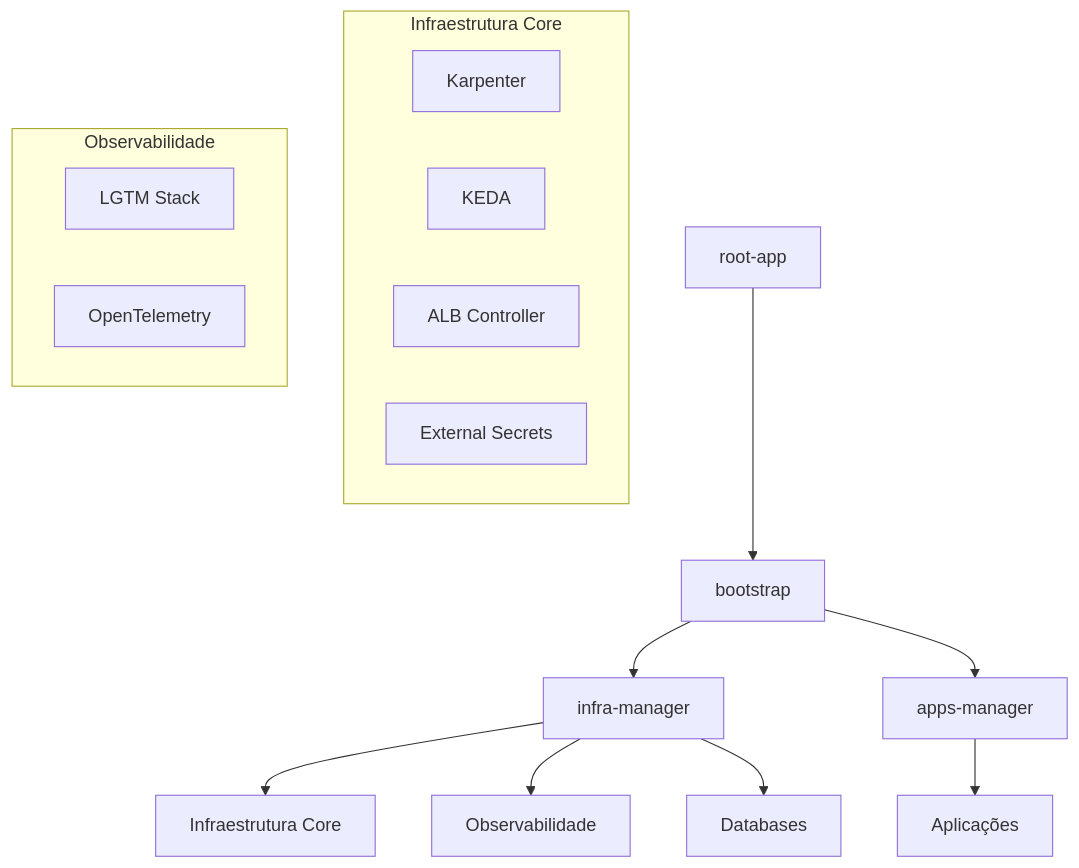
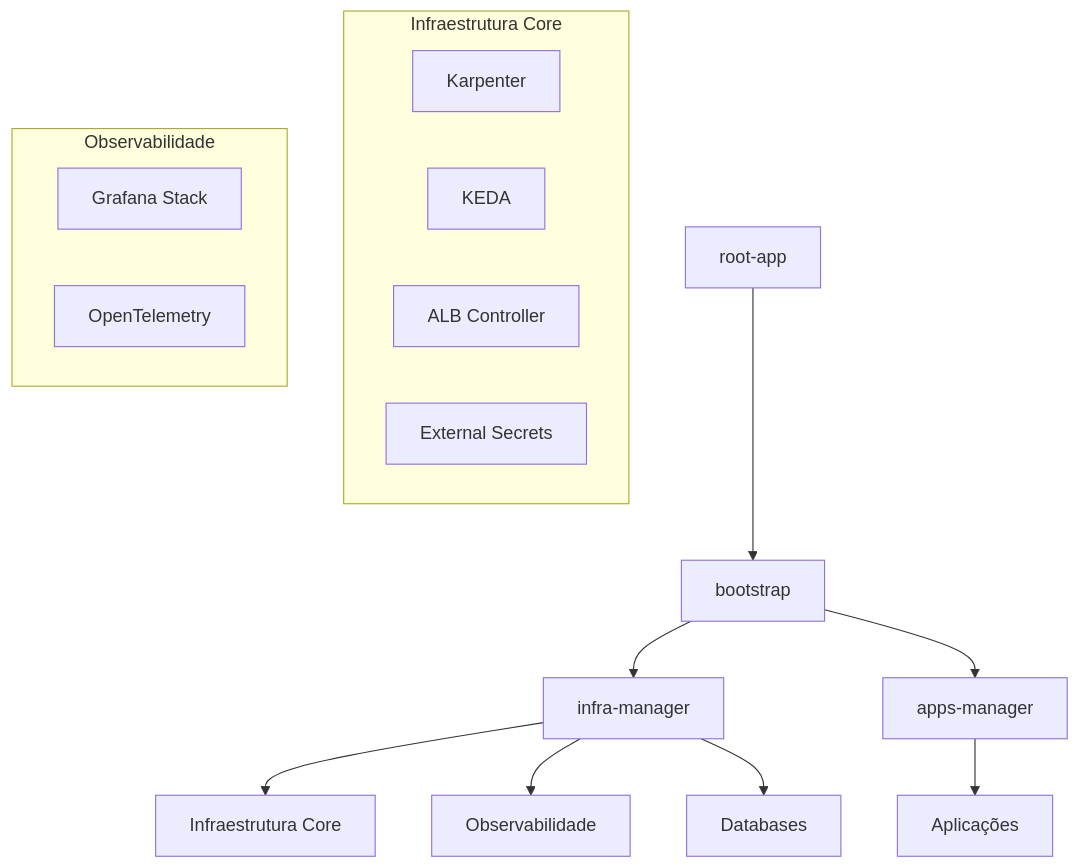
Before and after one commit to org-sam/infra-gitops: the diagram in README.md, drawn with Mermaid.

Commit message:
Update LGTM Stack to Grafana Stack in README

````diff
--- a/README.md
+++ b/README.md
@@ -18,18 +18,18 @@
 ```mermaid
 graph TD
     A[root-app] --> B[bootstrap]
     B --> C[infra-manager]
     B --> D[apps-manager]
     C --> E[Infraestrutura Core]
     C --> F[Observabilidade]
     C --> G[Databases]
     D --> H[Aplicações]
 
     subgraph "Infraestrutura Core"
     E1[Karpenter] & E2[KEDA] & E3[ALB Controller] & E4[External Secrets]
     end
 
     subgraph "Observabilidade"
-    F1[LGTM Stack] & F2[OpenTelemetry]
+    F1[Grafana Stack] & F2[OpenTelemetry]
     end
 ```
````
